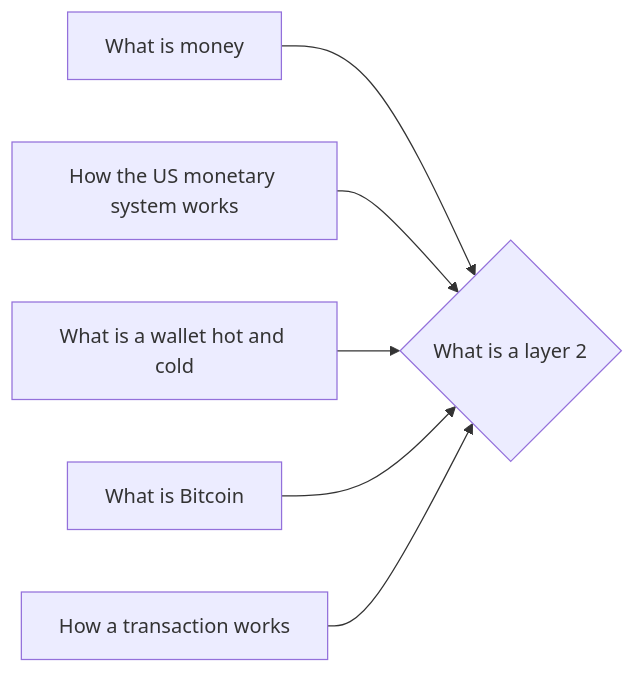
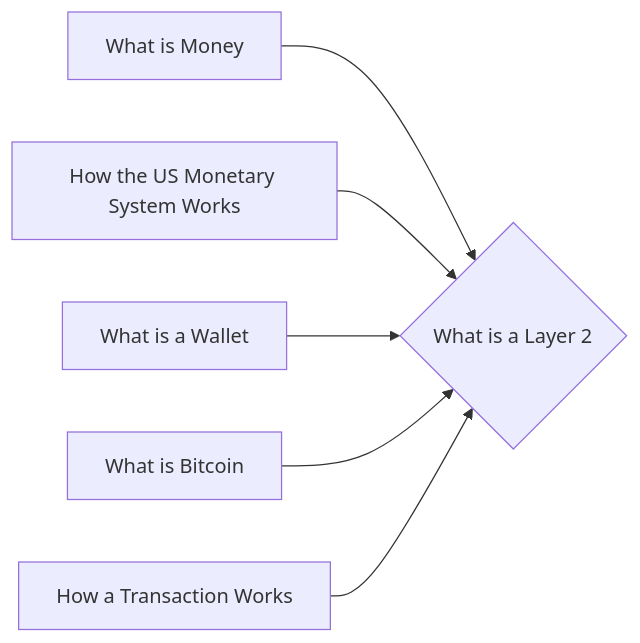
One commit to lpurdy01/crypto-knowledge-map changed the diagram in notes/What_is_a_Layer_2.md. Above: the diagram before and after it, drawn with Mermaid. The commit also changed 50 other files, not shown here.

````diff
--- a/notes/What_is_a_Layer_2.md
+++ b/notes/What_is_a_Layer_2.md
@@ -17,8 +17,8 @@
 ```mermaid
 graph LR
-1["What is money"]-->0{"What is a layer 2"}
-2["How the US monetary system works"]-->0{"What is a layer 2"}
-3["What is a wallet hot and cold"]-->0{"What is a layer 2"}
-4["What is Bitcoin"]-->0{"What is a layer 2"}
-5["How a transaction works"]-->0{"What is a layer 2"}
+1["What is Money"]-->0{"What is a Layer 2"}
+2["How the US Monetary System Works"]-->0{"What is a Layer 2"}
+3["What is a Wallet"]-->0{"What is a Layer 2"}
+4["What is Bitcoin"]-->0{"What is a Layer 2"}
+5["How a Transaction Works"]-->0{"What is a Layer 2"}
 ```
````
